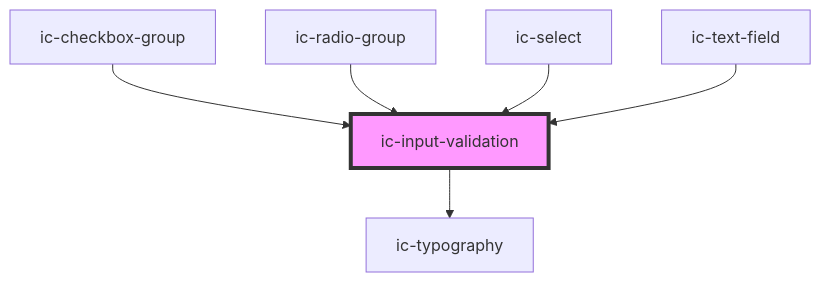
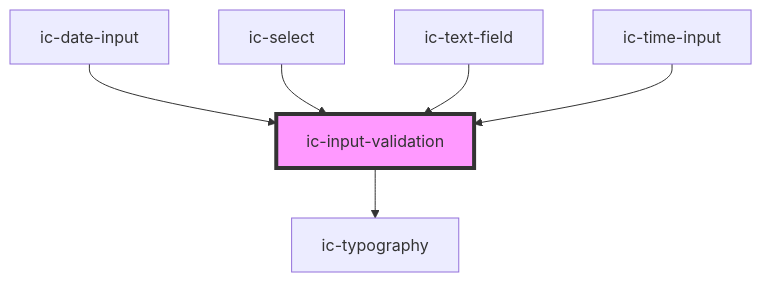
The diagram in packages/web-components/src/components/ic-input-validation/readme.md (mi6/ic-ui-kit), drawn with Mermaid before and after one commit. The commit also changed other lines of this file and 19 other files, not shown here.

````diff
--- a/packages/web-components/src/components/ic-input-validation/readme.md
+++ b/packages/web-components/src/components/ic-input-validation/readme.md
@@ -41,9 +41,9 @@
 ```mermaid
 graph TD;
   ic-input-validation --> ic-typography
-  ic-checkbox-group --> ic-input-validation
-  ic-radio-group --> ic-input-validation
+  ic-date-input --> ic-input-validation
   ic-select --> ic-input-validation
   ic-text-field --> ic-input-validation
+  ic-time-input --> ic-input-validation
   style ic-input-validation fill:#f9f,stroke:#333,stroke-width:4px
 ```
````
